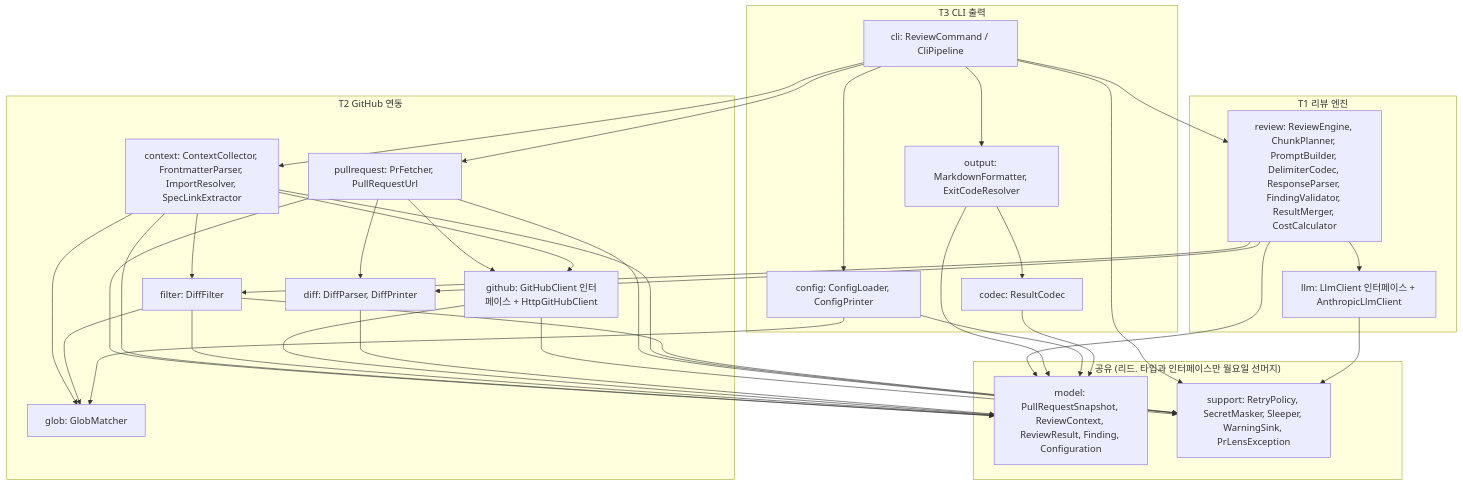
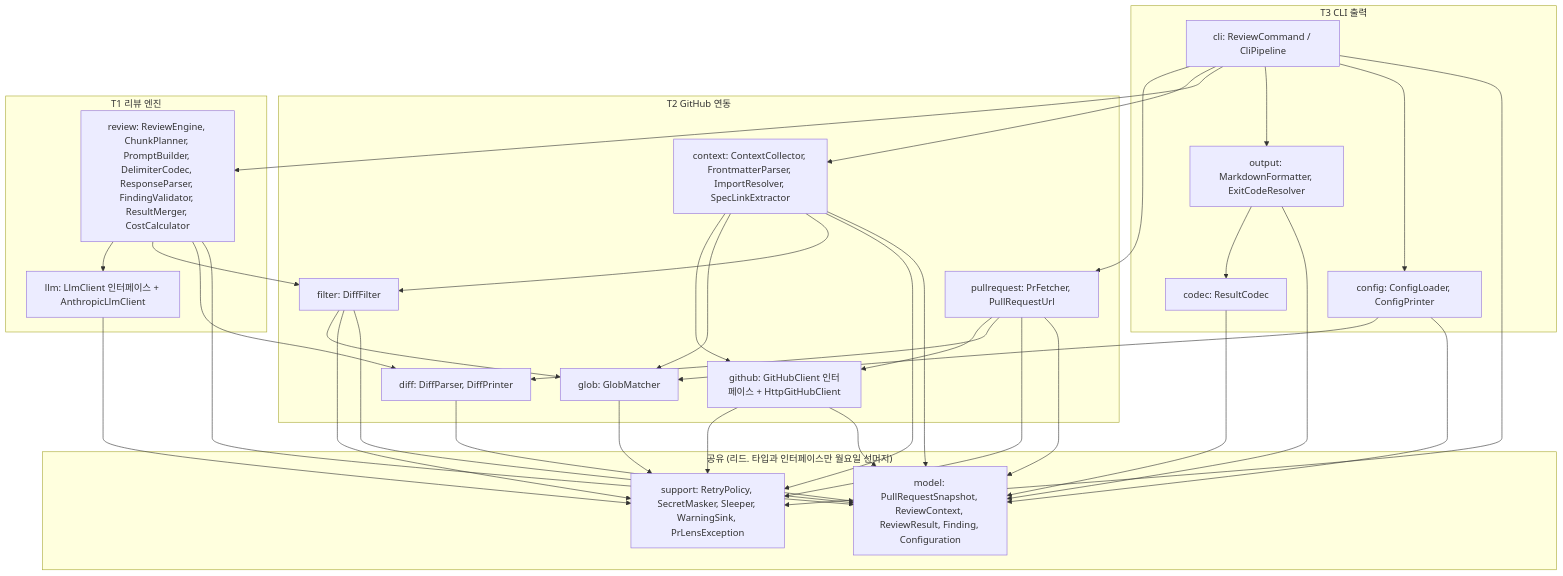
Before and after one commit to jjangyeesoo/claude-team-pr-lens: the first of 2 diagrams in docs/specs/pr-lens-p1-cli/design.md, drawn with Mermaid. The commit also changed other lines of this file and 2 other files, not shown here.

Commit message:
docs: PR 전 리뷰의 문서 지적을 반영한다 (P1 작업 2.1~2.3)
- design.md 의존 그래프에 GLOB --> SUP를 더한다 (GlobSyntaxException이 PrLensException을 상속)
- tasks.md 6.1 제목에서 GlobSyntaxException 타입이 2.3에서 만들어졌음을 밝힌다
- getTree의 404 처리 설명을 "getPullRequest, listFiles처럼"으로 좁힌다 (getFile은 NotFound를 돌려줌)
- tasks.md 2.2의 RepoPaths 위치 설명을 design.md 패키지 표 참조로 바꾼다

````diff
--- a/docs/specs/pr-lens-p1-cli/design.md
+++ b/docs/specs/pr-lens-p1-cli/design.md
@@ -35,38 +35,38 @@
 ```mermaid
 flowchart TB
   subgraph T3["T3 CLI 출력"]
     CLI[cli: ReviewCommand / CliPipeline]
     OUT[output: MarkdownFormatter, ExitCodeResolver]
     CFG[config: ConfigLoader, ConfigPrinter]
     CODEC[codec: ResultCodec]
   end
   subgraph T2["T2 GitHub 연동"]
     PRF[pullrequest: PrFetcher, PullRequestUrl]
     CTX[context: ContextCollector, FrontmatterParser, ImportResolver, SpecLinkExtractor]
     FIL[filter: DiffFilter]
     GLOB[glob: GlobMatcher]
     DIFF[diff: DiffParser, DiffPrinter]
     GH[github: GitHubClient 인터페이스 + HttpGitHubClient]
   end
   subgraph T1["T1 리뷰 엔진"]
     ENG[review: ReviewEngine, ChunkPlanner, PromptBuilder, DelimiterCodec, ResponseParser, FindingValidator, ResultMerger, CostCalculator]
     LLM[llm: LlmClient 인터페이스 + AnthropicLlmClient]
   end
   subgraph SHARED["공유 (리드. 타입과 인터페이스만 월요일 선머지)"]
     MODEL[model: PullRequestSnapshot, ReviewContext, ReviewResult, Finding, Configuration]
     SUP[support: RetryPolicy, SecretMasker, Sleeper, WarningSink, PrLensException]
   end
 
   CLI --> PRF & CTX & ENG & OUT & CFG
   OUT --> CODEC
   PRF --> GH & DIFF
   CTX --> GH & GLOB & FIL
   FIL --> GLOB
   ENG --> LLM & FIL & DIFF
   CFG --> GLOB
   CLI --> SUP
   GH --> SUP
   LLM --> SUP
-  PRF & CTX & FIL --> SUP
+  PRF & CTX & FIL & GLOB --> SUP
   PRF & CTX & ENG & OUT & CFG & CODEC & FIL & GH & DIFF --> MODEL
 ```
````
